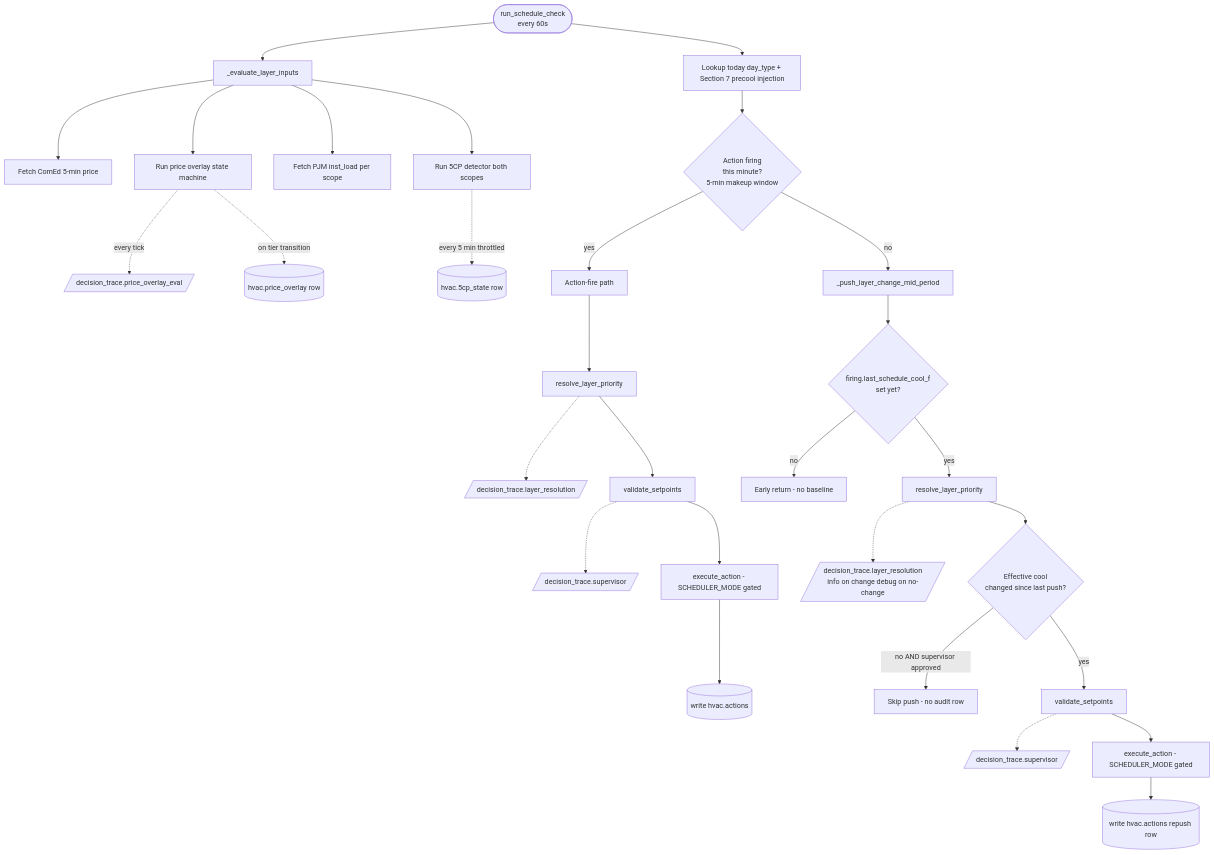
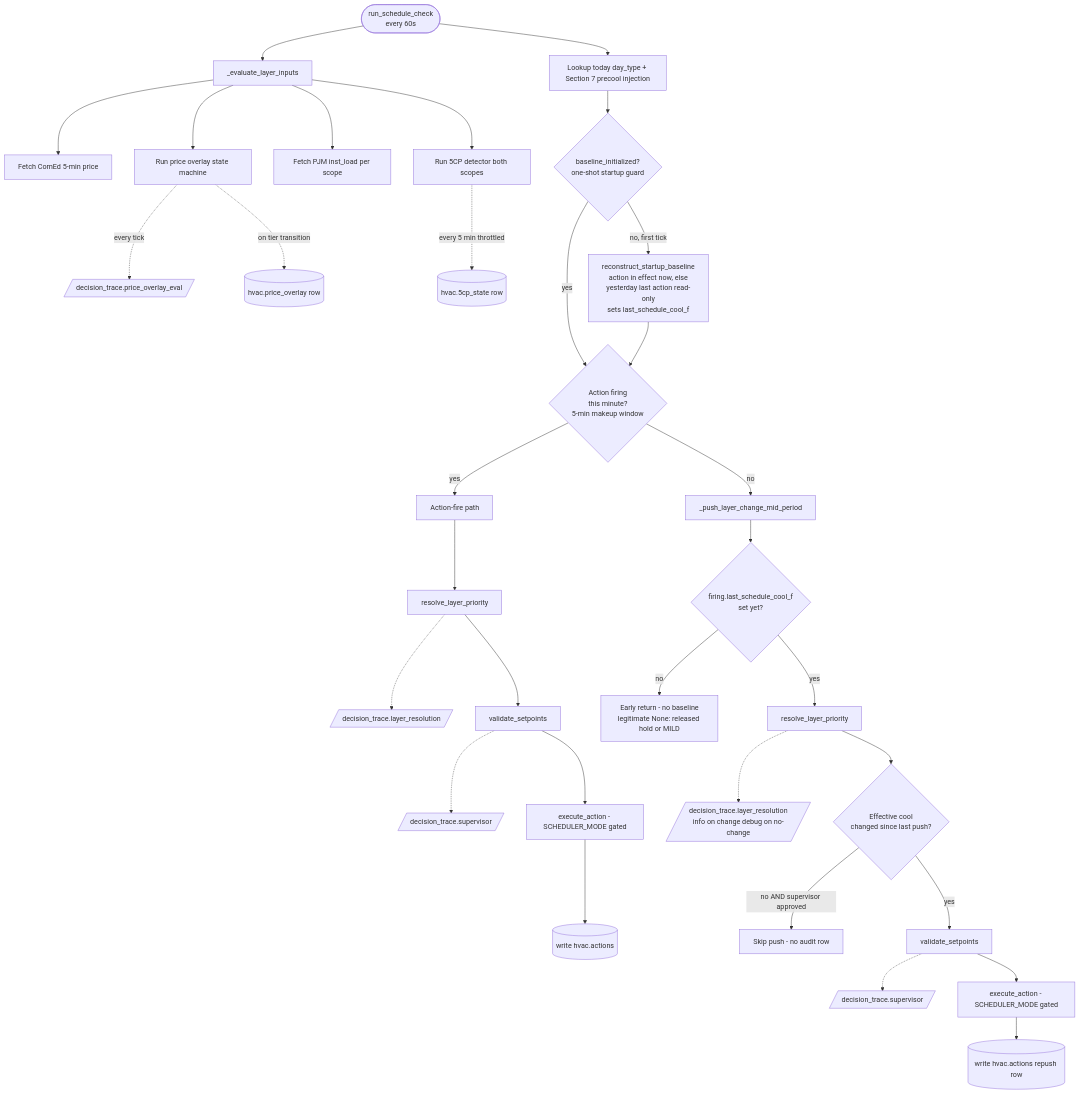
One commit to FireDevPro/energy-stack changed the third of 4 diagrams in docs/SCHEDULER_TIMING.md. Above: the diagram before and after it, drawn with Mermaid. The commit also changed other lines of this file, not shown here.

Commit message:
docs(scheduler-timing): show startup baseline reconstruction in Diagram 3
Diagram 3 (per-tick decisions) omitted the one-shot startup reconstruction
shipped in PR #80. Add the Recon node on the schedule path and reframe the
"Early return - no baseline" branch as the legitimate-None case (released
hold / MILD), not the post-restart gap it implied. Add a note linking the
change-log entry and design doc.

````diff
--- a/docs/SCHEDULER_TIMING.md
+++ b/docs/SCHEDULER_TIMING.md
@@ -128,39 +128,42 @@
 ```mermaid
 flowchart TD
     Tick([run_schedule_check<br/>every 60s])
 
     Tick --> Eval[_evaluate_layer_inputs]
 
     Eval --> E1[Fetch ComEd 5-min price]
     Eval --> E2[Run price overlay state machine]
     Eval --> E3[Fetch PJM inst_load per scope]
     Eval --> E4[Run 5CP detector both scopes]
 
     E2 -.->|every tick| T1[/decision_trace.price_overlay_eval/]
     E2 -.->|on tier transition| W1[(hvac.price_overlay row)]
     E4 -.->|every 5 min throttled| W2[(hvac.5cp_state row)]
 
     Tick --> DT[Lookup today day_type + Section 7 precool injection]
-    DT --> Branch{Action firing<br/>this minute?<br/>5-min makeup window}
+    DT --> Recon{baseline_initialized?<br/>one-shot startup guard}
+    Recon -->|no, first tick| RC[reconstruct_startup_baseline<br/>action in effect now, else<br/>yesterday last action read-only<br/>sets last_schedule_cool_f]
+    Recon -->|yes| Branch{Action firing<br/>this minute?<br/>5-min makeup window}
+    RC --> Branch
 
     Branch -->|yes| AF[Action-fire path]
     Branch -->|no| MP[_push_layer_change_mid_period]
 
     AF --> R1[resolve_layer_priority]
     R1 -.-> T2[/decision_trace.layer_resolution/]
     R1 --> V1[validate_setpoints]
     V1 -.-> T3[/decision_trace.supervisor/]
     V1 --> X1[execute_action - SCHEDULER_MODE gated]
     X1 --> WA1[(write hvac.actions)]
 
     MP --> Pre{firing.last_schedule_cool_f<br/>set yet?}
-    Pre -->|no| Skip[Early return - no baseline]
+    Pre -->|no| Skip[Early return - no baseline<br/>legitimate None: released hold or MILD]
     Pre -->|yes| R2[resolve_layer_priority]
     R2 -.-> T4[/decision_trace.layer_resolution<br/>info on change debug on no-change/]
     R2 --> SC{Effective cool<br/>changed since last push?}
     SC -->|no AND supervisor approved| NoPush[Skip push - no audit row]
     SC -->|yes| V2[validate_setpoints]
     V2 -.-> T5[/decision_trace.supervisor/]
     V2 --> X2[execute_action - SCHEDULER_MODE gated]
     X2 --> WA2[(write hvac.actions repush row)]
 ```
````
